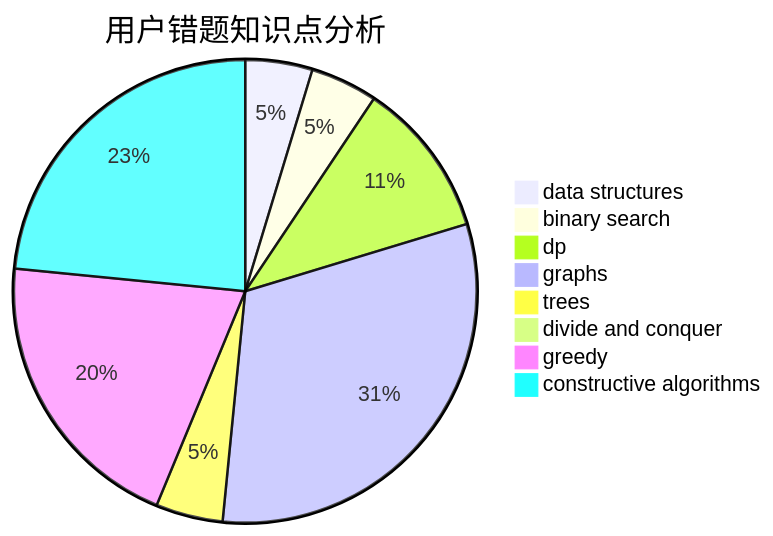
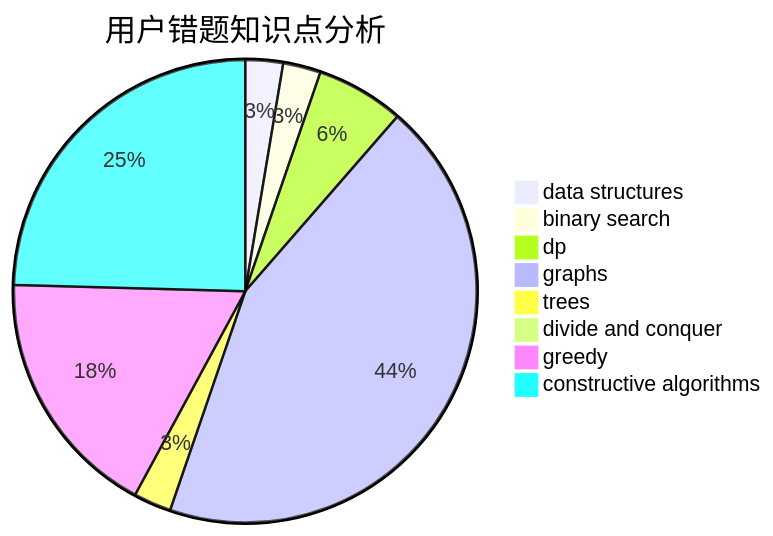
One commit to sherpahu/cfrs.github.io changed the third of 3 diagrams in docs/user/u2202.md. Above: the diagram before and after it, drawn with Mermaid. The commit also changed other lines of this file and 2770 other files, not shown here.

````diff
--- a/docs/user/u2202.md
+++ b/docs/user/u2202.md
@@ -36,11 +36,11 @@
 ```mermaid
 pie title 用户错题知识点分析
     "data structures" :  3
     "binary search" :  3
     "dp" :  7
-    "graphs" :  20
+    "graphs" :  50
     "trees" :  3
     "divide and conquer" :  0
-    "greedy" :  13
-    "constructive algorithms" :  15
+    "greedy" :  20
+    "constructive algorithms" :  28
 ```
````
